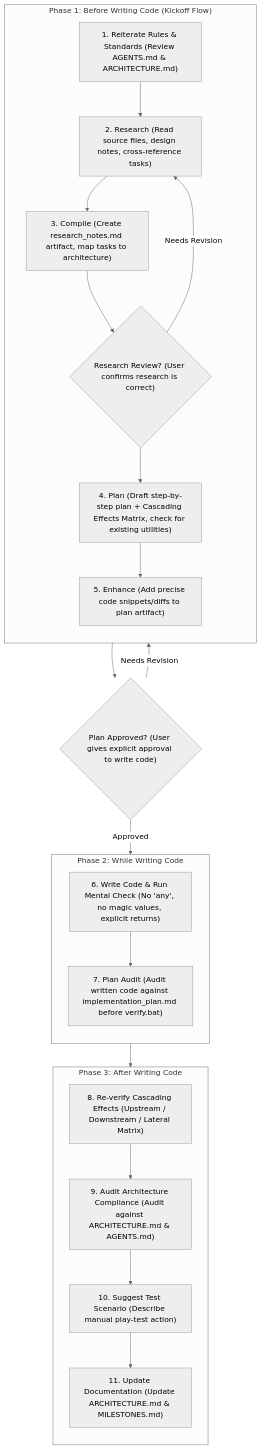
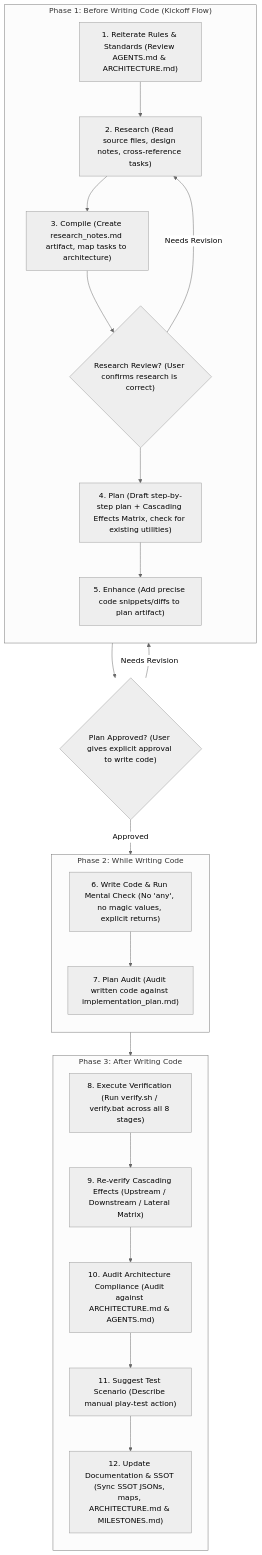
One commit to ThiagoRibas-dev/rogue_like changed the diagram in AGENTS.md. Above: the diagram before and after it, drawn with Mermaid (neutral theme). The commit also changed other lines of this file and 266 other files, not shown here.

Commit message:
feat(dnd35e,ssot): complete Milestones 112.6, 112.7 & 112.8 — combat physics, grip modes, SSOT parity engine & docs reorganization

````diff
--- a/AGENTS.md
+++ b/AGENTS.md
@@ -45,45 +45,47 @@
 ```mermaid
 flowchart TD
     subgraph Before ["Phase 1: Before Writing Code (Kickoff Flow)"]
         direction TB
         S1["1. Reiterate Rules & Standards (Review AGENTS.md & ARCHITECTURE.md)"]
         S2["2. Research (Read source files, design notes, cross-reference tasks)"]
         S3["3. Compile (Create research_notes.md artifact, map tasks to architecture)"]
         S4["4. Plan (Draft step-by-step plan + Cascading Effects Matrix, check for existing utilities)"]
         S5["5. Enhance (Add precise code snippets/diffs to plan artifact)"]
         
         S1 --> S2
         S2 --> S3
         S3 --> ResearchGate
         ResearchGate --> S4
         S4 --> S5
     end
 
     ResearchGate{"Research Review? (User confirms research is correct)"}
     Gate{"Plan Approved? (User gives explicit approval to write code)"}
     
     subgraph While ["Phase 2: While Writing Code"]
         direction TB
         S6["6. Write Code & Run Mental Check (No 'any', no magic values, explicit returns)"]
-        S6_5["7. Plan Audit (Audit written code against implementation_plan.md before verify.bat)"]
+        S6_5["7. Plan Audit (Audit written code against implementation_plan.md)"]
         S6 --> S6_5
     end
 
     subgraph After ["Phase 3: After Writing Code"]
         direction TB
-        S7["8. Re-verify Cascading Effects (Upstream / Downstream / Lateral Matrix)"]
-        S8["9. Audit Architecture Compliance (Audit against ARCHITECTURE.md & AGENTS.md)"]
-        S9["10. Suggest Test Scenario (Describe manual play-test action)"]
-        S10["11. Update Documentation (Update ARCHITECTURE.md & MILESTONES.md)"]
+        S7["8. Execute Verification (Run verify.sh / verify.bat across all 8 stages)"]
+        S8["9. Re-verify Cascading Effects (Upstream / Downstream / Lateral Matrix)"]
+        S9["10. Audit Architecture Compliance (Audit against ARCHITECTURE.md & AGENTS.md)"]
+        S10["11. Suggest Test Scenario (Describe manual play-test action)"]
+        S11["12. Update Documentation & SSOT (Sync SSOT JSONs, maps, ARCHITECTURE.md & MILESTONES.md)"]
         
         S7 --> S8
         S8 --> S9
         S9 --> S10
+        S10 --> S11
     end
 
     S5 --> Gate
     Gate -- Approved --> S6
     Gate -- Needs Revision --> S4
     ResearchGate -- Needs Revision --> S2
     S6_5 --> S7
 ```
````
